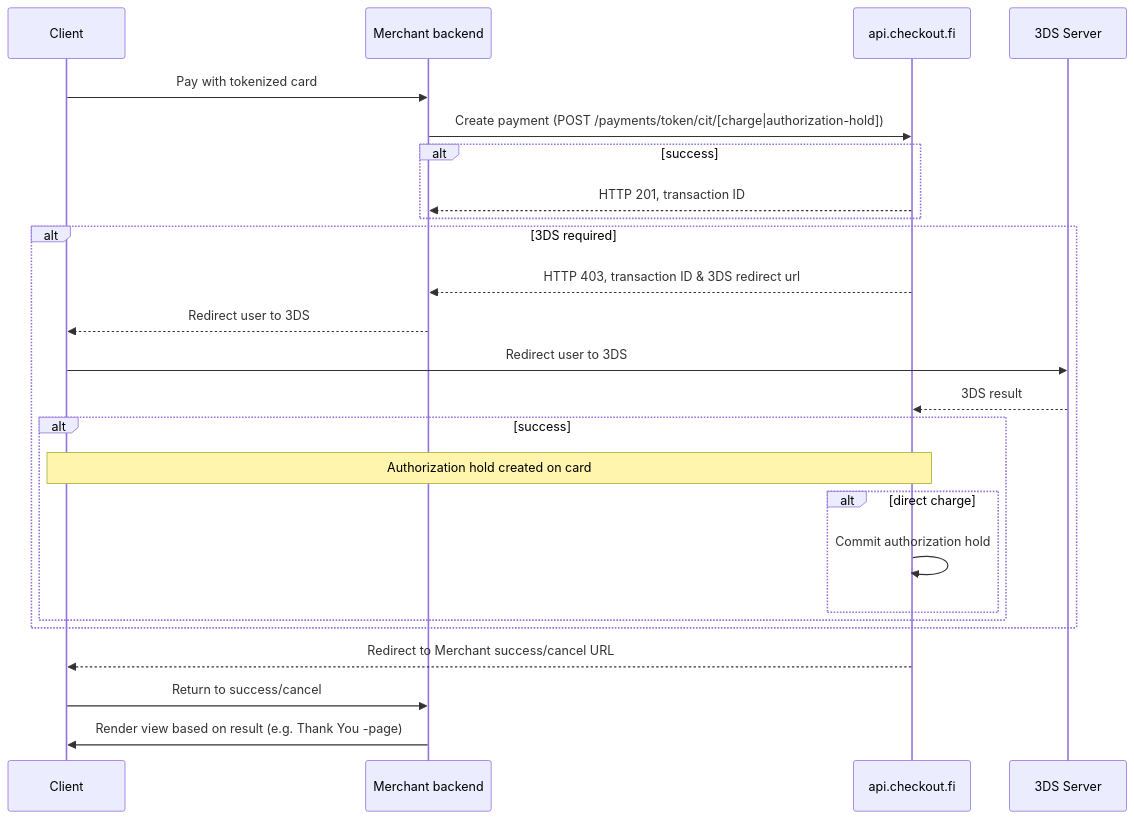
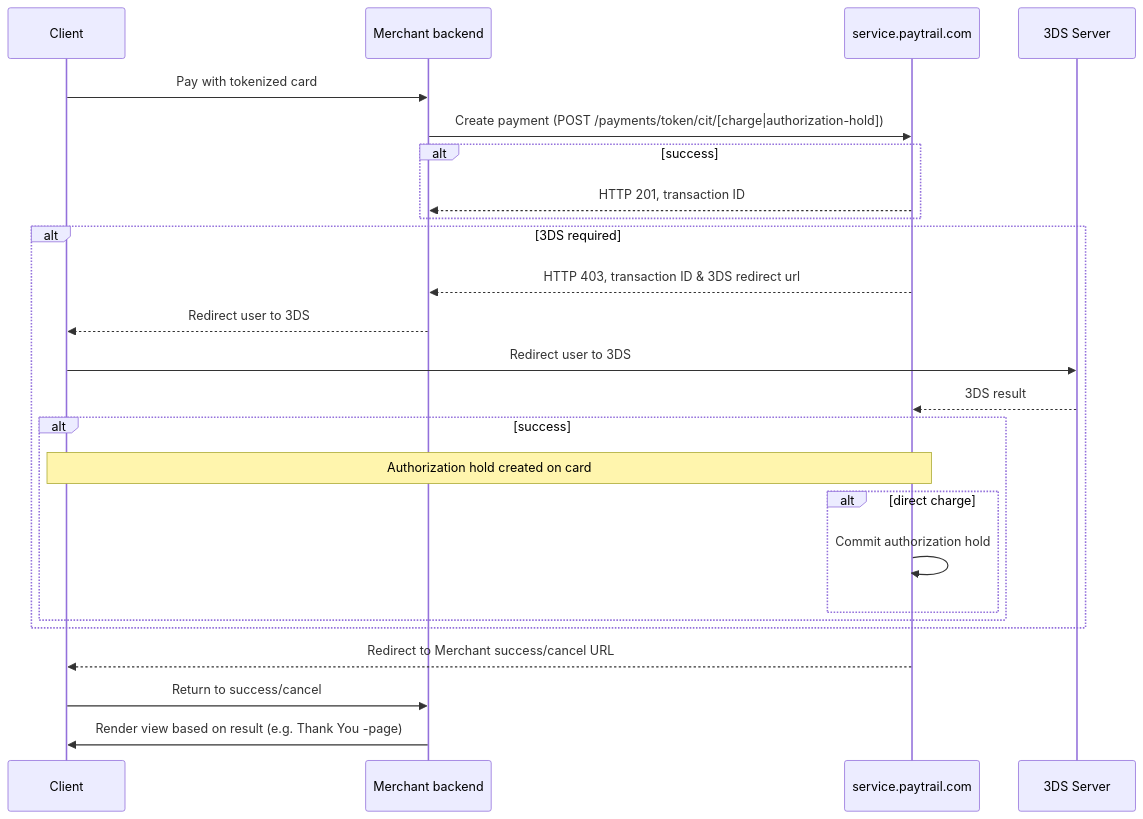
Before and after one commit to paytrail/api-documentation: the third of 3 diagrams in docs/README.md, drawn with Mermaid. The commit also changed other lines of this file and 2 other files, not shown here.

````diff
--- a/docs/README.md
+++ b/docs/README.md
@@ -532,31 +532,31 @@
 ```mermaid
 sequenceDiagram
 
 Client ->> Merchant backend: Pay with tokenized card
-Merchant backend ->> api.checkout.fi: Create payment (POST /payments/token/cit/[charge|authorization-hold])
+Merchant backend ->> service.paytrail.com: Create payment (POST /payments/token/cit/[charge|authorization-hold])
 
 alt success
-api.checkout.fi -->> Merchant backend: HTTP 201, transaction ID
+service.paytrail.com -->> Merchant backend: HTTP 201, transaction ID
 end
 
 alt 3DS required
-api.checkout.fi -->> Merchant backend: HTTP 403, transaction ID & 3DS redirect url
+service.paytrail.com -->> Merchant backend: HTTP 403, transaction ID & 3DS redirect url
 Merchant backend -->> Client: Redirect user to 3DS
 Client ->> 3DS Server: Redirect user to 3DS
-3DS Server -->> api.checkout.fi: 3DS result
+3DS Server -->> service.paytrail.com: 3DS result
 
 alt success
-Note over Client,api.checkout.fi: Authorization hold created on card
+Note over Client,service.paytrail.com: Authorization hold created on card
 
     alt direct charge
-      api.checkout.fi ->> api.checkout.fi: Commit authorization hold
+      service.paytrail.com ->> service.paytrail.com: Commit authorization hold
     end
 
 end
 end
 
-api.checkout.fi -->> Client: Redirect to Merchant success/cancel URL
+service.paytrail.com -->> Client: Redirect to Merchant success/cancel URL
 Client ->> Merchant backend: Return to success/cancel
 Merchant backend ->> Client: Render view based on result (e.g. Thank You -page)
 
 ```
````
